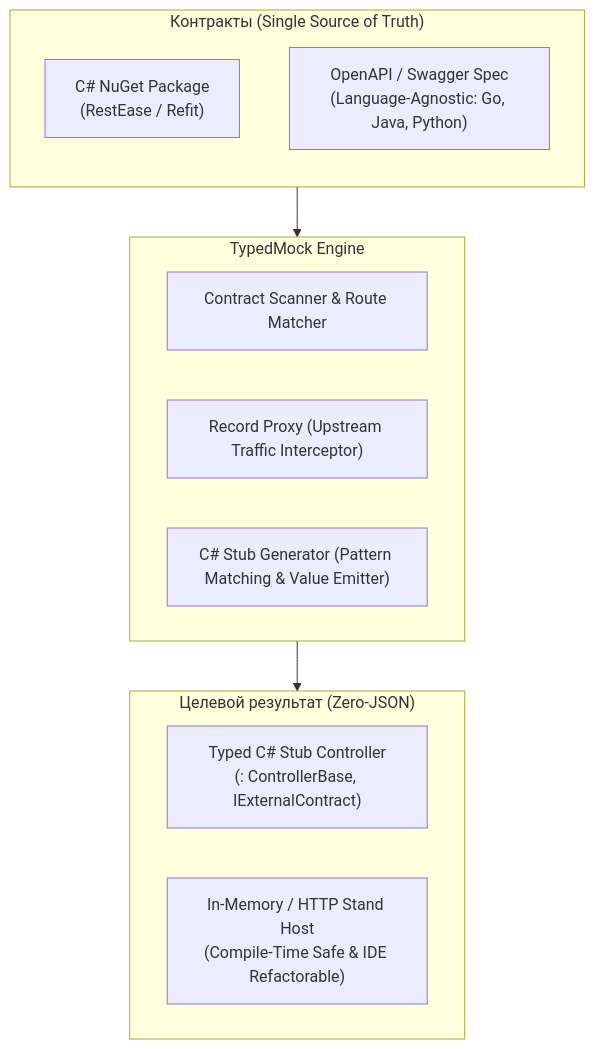
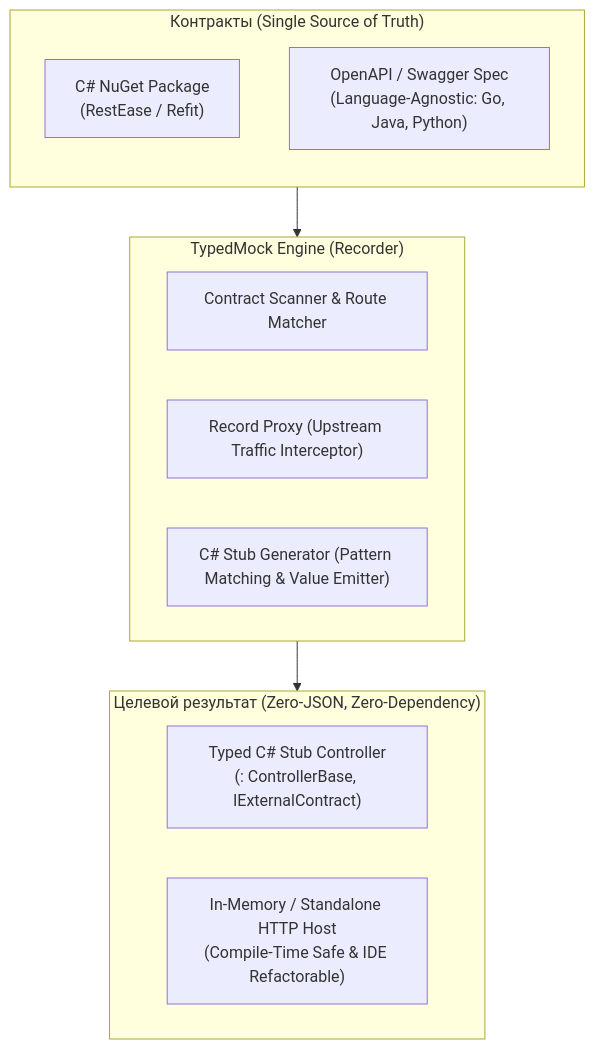
The diagram in WALKTHROUGH.md (the4ups/mocking-proxy), drawn with Mermaid before and after one commit. The commit also changed other lines of this file and 31 other files, not shown here.

Commit message:
feat: simplify TypedMockServer to recording proxy and add stubs project scaffolder

````diff
--- a/WALKTHROUGH.md
+++ b/WALKTHROUGH.md
@@ -38,22 +39,22 @@
 ```mermaid
 flowchart TD
     subgraph Contracts["Контракты (Single Source of Truth)"]
         direction TB
         DotNet["C# NuGet Package\n(RestEase / Refit)"]
         Swagger["OpenAPI / Swagger Spec\n(Language-Agnostic: Go, Java, Python)"]
     end
 
-    subgraph Core["TypedMock Engine"]
+    subgraph Core["TypedMock Engine (Recorder)"]
         Scanner["Contract Scanner & Route Matcher"]
         Proxy["Record Proxy (Upstream Traffic Interceptor)"]
         CodeGen["C# Stub Generator (Pattern Matching & Value Emitter)"]
     end
 
-    subgraph GeneratedArtifacts["Целевой результат (Zero-JSON)"]
+    subgraph GeneratedArtifacts["Целевой результат (Zero-JSON, Zero-Dependency)"]
         Controller["Typed C# Stub Controller\n(: ControllerBase, IExternalContract)"]
-        Host["In-Memory / HTTP Stand Host\n(Compile-Time Safe & IDE Refactorable)"]
+        Host["In-Memory / Standalone HTTP Host\n(Compile-Time Safe & IDE Refactorable)"]
     end
 
     Contracts --> Core
     Core --> GeneratedArtifacts
 ```
````
